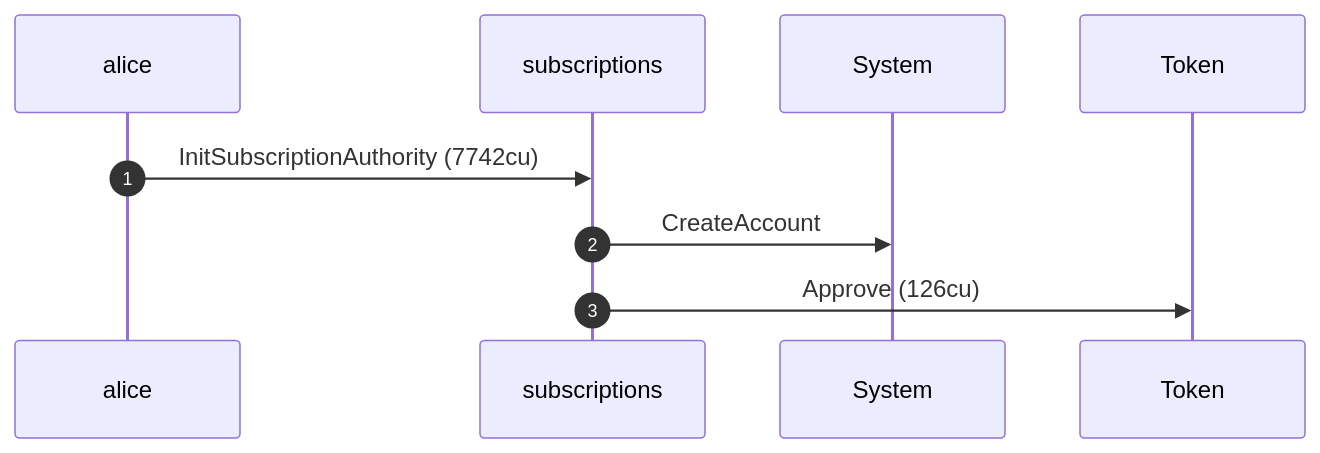
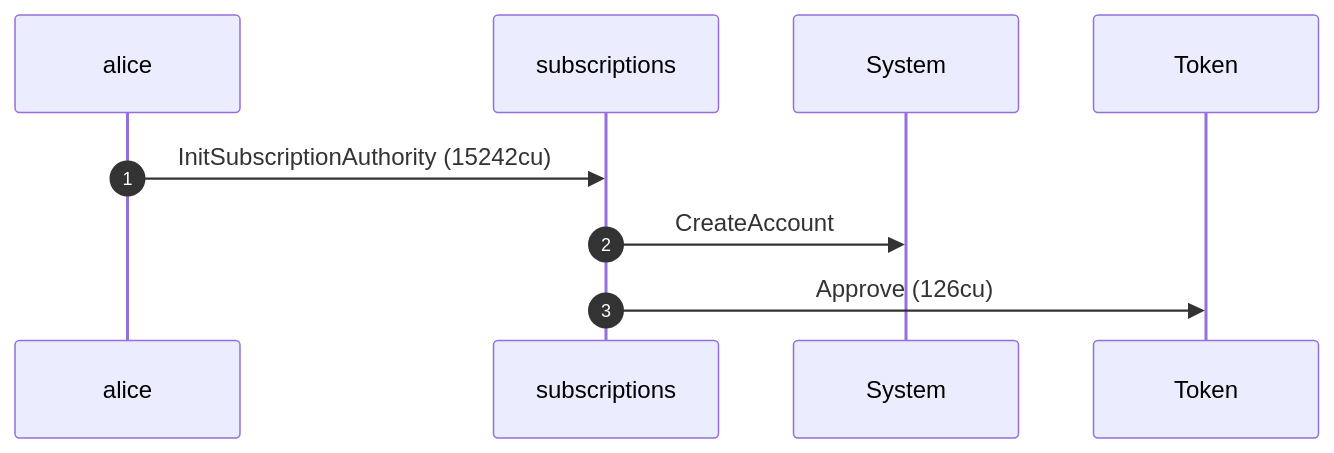
One commit to cds-rs/subscriptions changed the first of 4 diagrams in dsl_tests/a-non-owner-cannot-close-the-authority.md. Above: the diagram before and after it, drawn with Mermaid. The commit also changed other lines of this file and 224 other files, not shown here.

````diff
--- a/dsl_tests/a-non-owner-cannot-close-the-authority.md
+++ b/dsl_tests/a-non-owner-cannot-close-the-authority.md
@@ -22,11 +23,11 @@
 ```mermaid
 sequenceDiagram
     autonumber
     participant alice
     participant subscriptions
     participant System
     participant Token
-    alice ->> subscriptions: InitSubscriptionAuthority (7742cu)
+    alice ->> subscriptions: InitSubscriptionAuthority (15242cu)
     subscriptions ->> System: CreateAccount
     subscriptions ->> Token: Approve (126cu)
 ```
````
